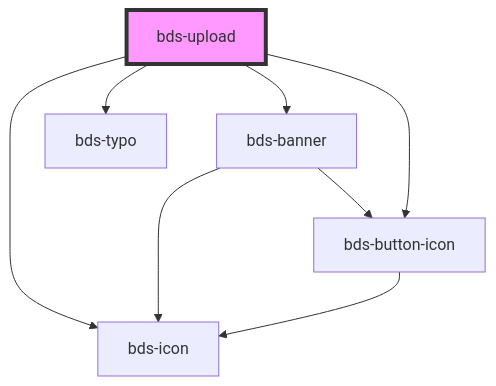
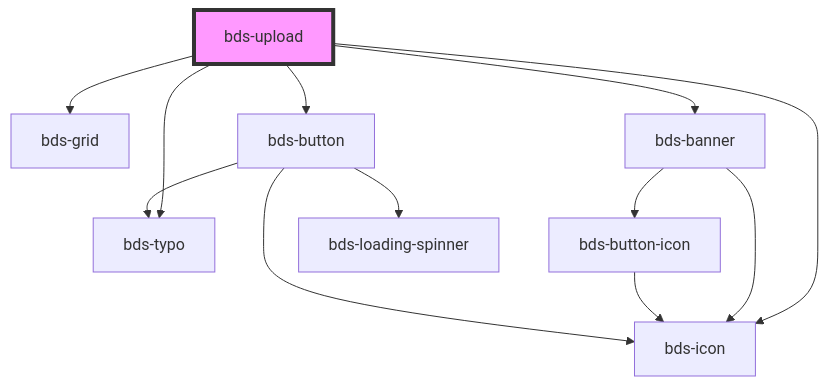
One commit to takenet/blip-ds changed the diagram in src/components/upload/readme.md. Above: the diagram before and after it, drawn with Mermaid. The commit also changed other lines of this file and 8 other files, not shown here.

````diff
--- a/src/components/upload/readme.md
+++ b/src/components/upload/readme.md
@@ -65,11 +66,15 @@
 ```mermaid
 graph TD;
   bds-upload --> bds-icon
   bds-upload --> bds-typo
+  bds-upload --> bds-grid
   bds-upload --> bds-banner
-  bds-upload --> bds-button-icon
+  bds-upload --> bds-button
   bds-banner --> bds-icon
   bds-banner --> bds-button-icon
   bds-button-icon --> bds-icon
+  bds-button --> bds-loading-spinner
+  bds-button --> bds-icon
+  bds-button --> bds-typo
   style bds-upload fill:#f9f,stroke:#333,stroke-width:4px
 ```
````
